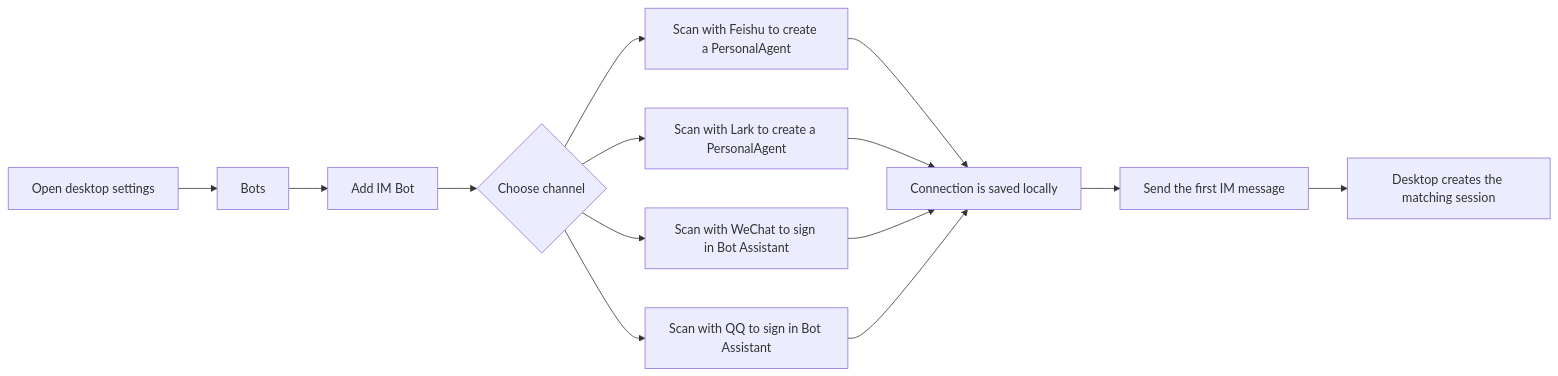
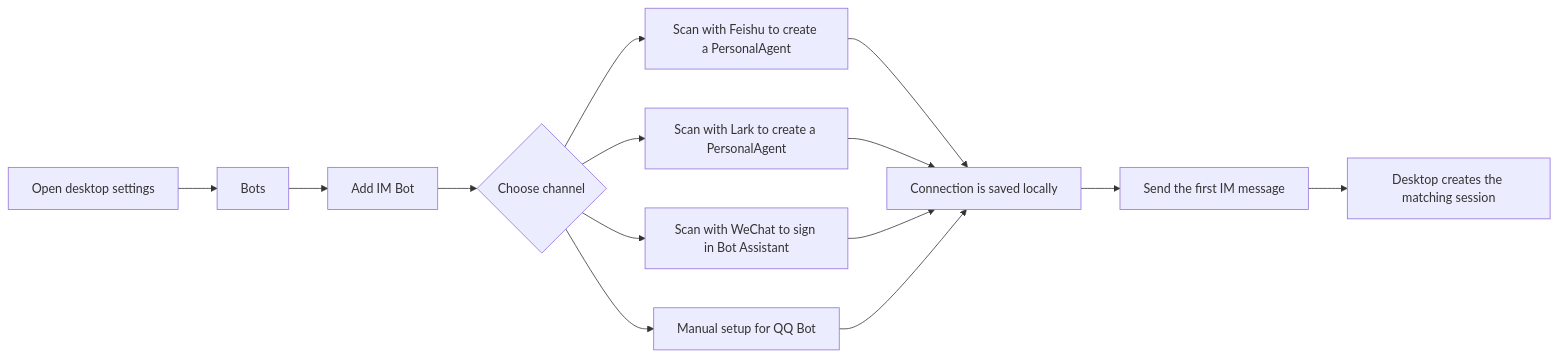
Before and after one commit to zuohuadong/volt-gui: the first of 3 diagrams in docs/BOT_GUIDE.md, drawn with Mermaid. The commit also changed other lines of this file and 1 other file, not shown here.

First line of the commit message:
docs: fix QQ Bot description - change from QR scan to manual config

````diff
--- a/docs/BOT_GUIDE.md
+++ b/docs/BOT_GUIDE.md
@@ -45,16 +45,16 @@
 ```mermaid
 flowchart LR
   A["Open desktop settings"] --> B["Bots"]
   B --> C["Add IM Bot"]
   C --> D{"Choose channel"}
   D --> E["Scan with Feishu to create a PersonalAgent"]
   D --> F["Scan with Lark to create a PersonalAgent"]
   D --> G["Scan with WeChat to sign in Bot Assistant"]
-  D --> H["Scan with QQ to sign in Bot Assistant"]
+  D --> H["Manual setup for QQ Bot"]
   E --> I["Connection is saved locally"]
   F --> I
   G --> I
   H --> I
   I --> J["Send the first IM message"]
   J --> K["Desktop creates the matching session"]
 ```
````
